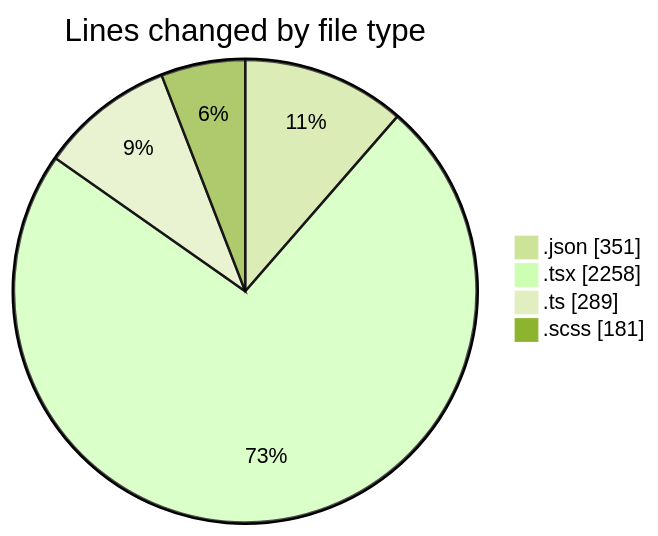
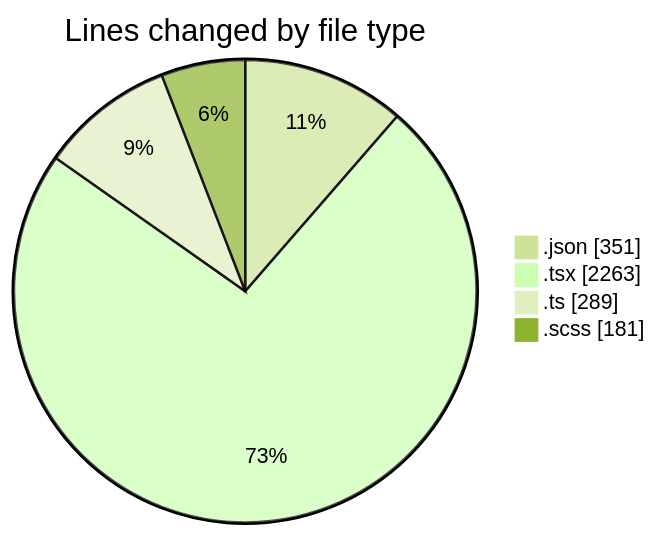
The first of 2 diagrams in 2026-04-22/cda/README.md (momahboobian/code-tracking), drawn with Mermaid (forest theme) before and after one commit. The commit also changed other lines of this file and 1 other file, not shown here.

````diff
--- a/2026-04-22/cda/README.md
+++ b/2026-04-22/cda/README.md
@@ -44,8 +44,8 @@
 ```mermaid
 pie showData
 title Lines changed by file type
 ".json" : 351
-".tsx" : 2258
+".tsx" : 2263
 ".ts" : 289
 ".scss" : 181
 ```
````
